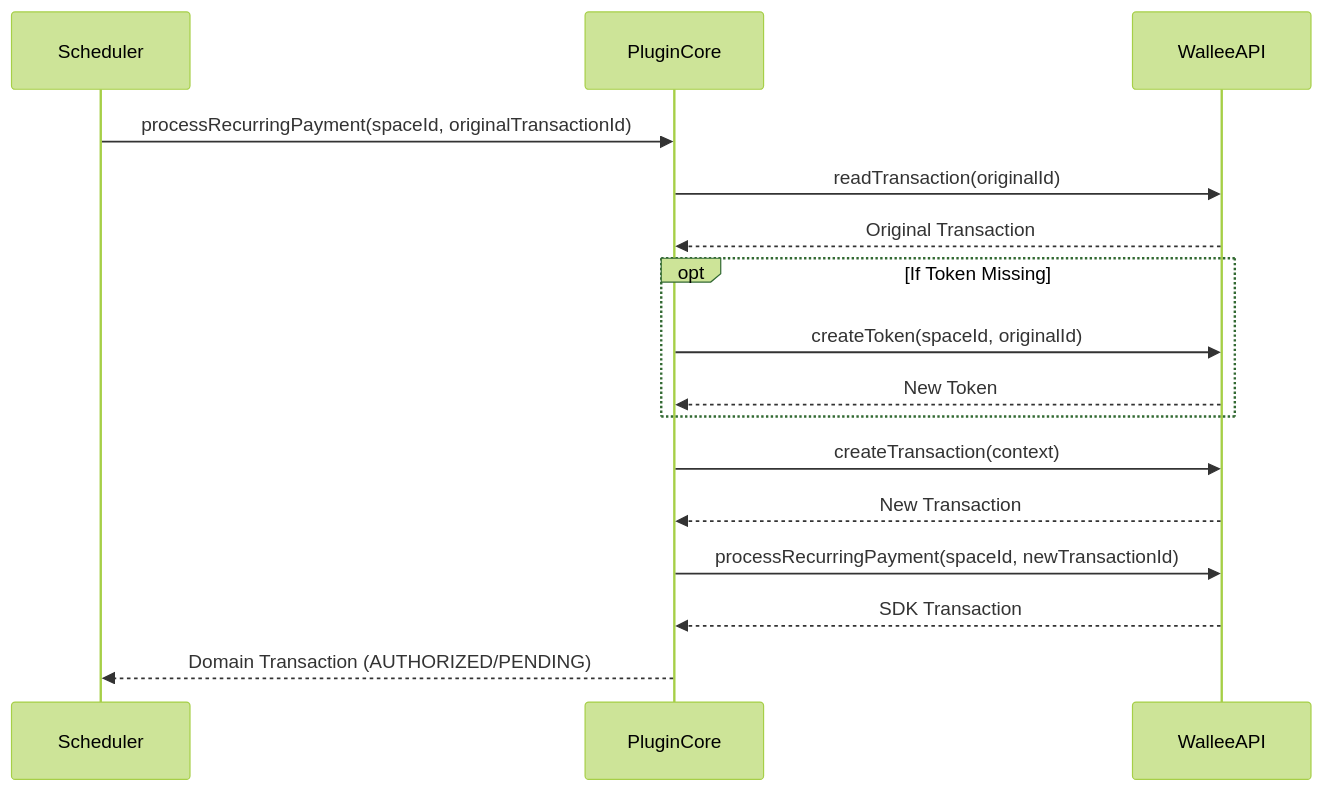
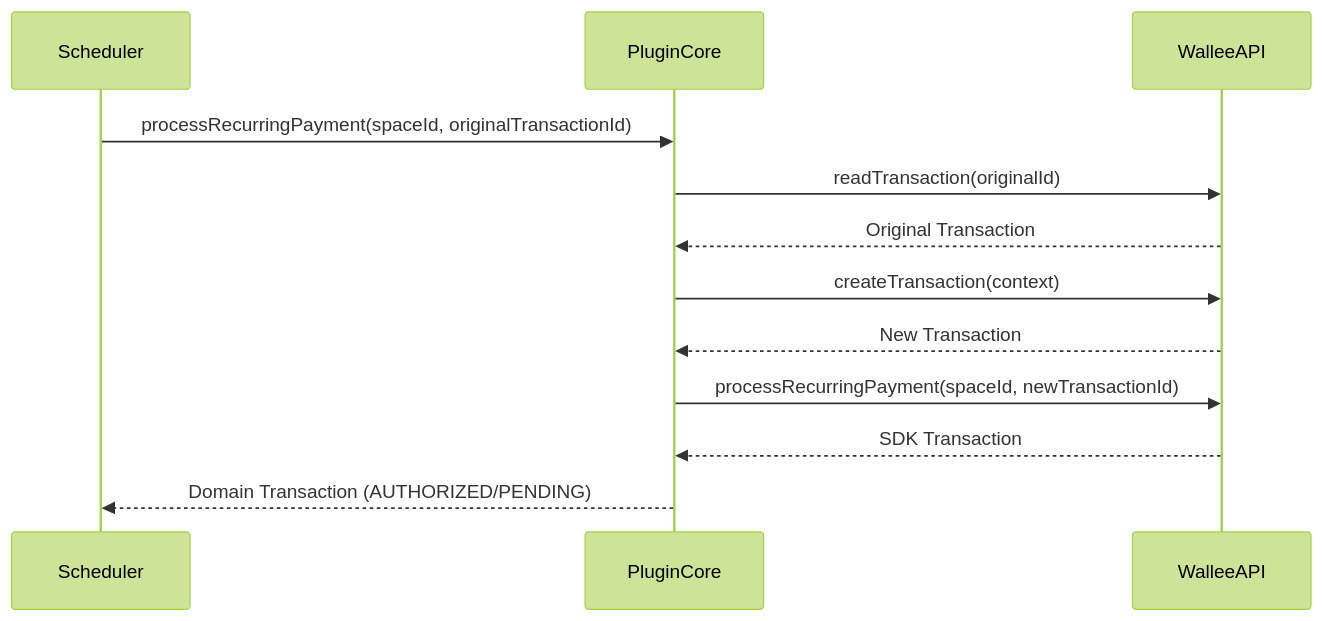
One commit to wallee-payment/plugin-core changed the diagram in docs/Recurring/README.md. Above: the diagram before and after it, drawn with Mermaid (forest theme). The commit also changed other lines of this file and 47 other files, not shown here.

````diff
--- a/docs/Recurring/README.md
+++ b/docs/Recurring/README.md
@@ -64,22 +79,17 @@
 ```mermaid
 sequenceDiagram
     participant Scheduler
     participant PluginCore
     participant WalleeAPI
 
     Scheduler->>PluginCore: processRecurringPayment(spaceId, originalTransactionId)
     PluginCore->>WalleeAPI: readTransaction(originalId)
     WalleeAPI-->>PluginCore: Original Transaction
-    
-    opt If Token Missing
-        PluginCore->>WalleeAPI: createToken(spaceId, originalId)
-        WalleeAPI-->>PluginCore: New Token
-    end
 
     PluginCore->>WalleeAPI: createTransaction(context)
     WalleeAPI-->>PluginCore: New Transaction
 
     PluginCore->>WalleeAPI: processRecurringPayment(spaceId, newTransactionId)
     WalleeAPI-->>PluginCore: SDK Transaction
     PluginCore-->>Scheduler: Domain Transaction (AUTHORIZED/PENDING)
 ```
````
